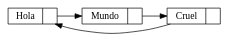
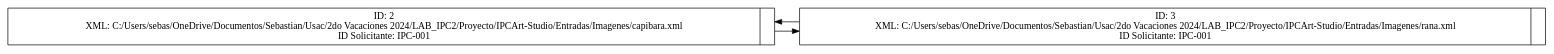
One commit to SebastianVelasquezValle/IPC2_ProyectoVD2024_-202300580 changed the diagram in reportesdot/Procesadas_IDArtista.dot. Above: the diagram before and after it, drawn with Graphviz. The commit also changed 13 other files, not shown here.

```diff
--- a/reportesdot/Procesadas_IDArtista.dot
+++ b/reportesdot/Procesadas_IDArtista.dot
@@ -1,10 +1,8 @@
 digraph G {
     rankdir=LR;
     node[shape=record, height=.1]
-nodo0[label="{Hola|<f1>}"];
-nodo1[label="{Mundo|<f1>}"];
-nodo2[label="{Cruel|<f1>}"];
+nodo0[label="{ID: 2\nXML: C:/Users/sebas/OneDrive/Documentos/Sebastian/Usac/2do Vacaciones 2024/LAB_IPC2/Proyecto/IPCArt-Studio/Entradas/Imagenes/capibara.xml\nID Solicitante: IPC-001|<f1>}"];
+nodo1[label="{ID: 3\nXML: C:/Users/sebas/OneDrive/Documentos/Sebastian/Usac/2do Vacaciones 2024/LAB_IPC2/Proyecto/IPCArt-Studio/Entradas/Imagenes/rana.xml\nID Solicitante: IPC-001|<f1>}"];
 nodo0 -> nodo1;
-nodo1 -> nodo2;
-nodo2 -> nodo0[constraint=false];
+nodo1 -> nodo0[constraint=false];
 }
```
